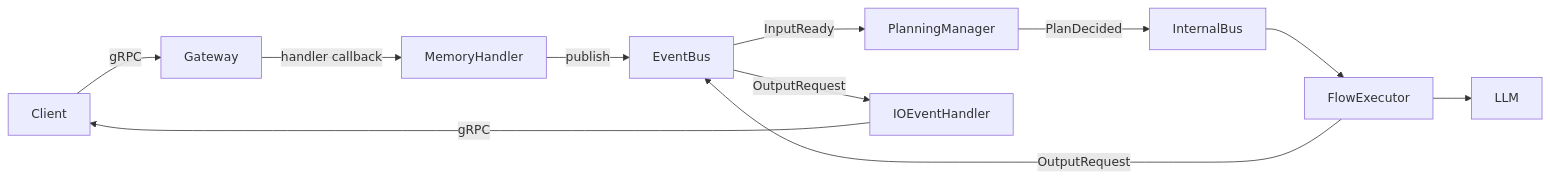
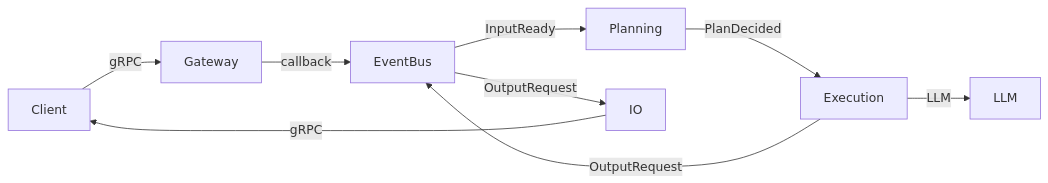
One commit to ibukani/iris-mind changed the third of 3 diagrams in docs/client-guide.md. Above: the diagram before and after it, drawn with Mermaid. The commit also changed other lines of this file and 33 other files, not shown here.

````diff
--- a/docs/client-guide.md
+++ b/docs/client-guide.md
@@ -341,13 +342,11 @@
 ```mermaid
 flowchart LR
     C["Client"] -->|gRPC| GW["Gateway"]
-    GW -->|handler callback| Handler["MemoryHandler"]
-    Handler -->|publish| EB["EventBus"]
-    EB -->|InputReady| PL["PlanningManager"]
-    PL -->|PlanDecided| IB["InternalBus"]
-    IB --> EX["FlowExecutor"]
-    EX --> LLM["LLM"]
+    GW -->|callback| EB["EventBus"]
+    EB -->|InputReady| PL["Planning"]
+    PL -->|PlanDecided| EX["Execution"]
+    EX -->|LLM| LLM["LLM"]
     EX -->|OutputRequest| EB
-    EB -->|OutputRequest| IO["IOEventHandler"]
+    EB -->|OutputRequest| IO["IO"]
     IO -->|gRPC| C
 ```
````
